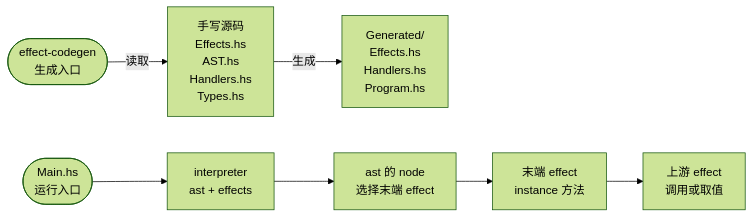
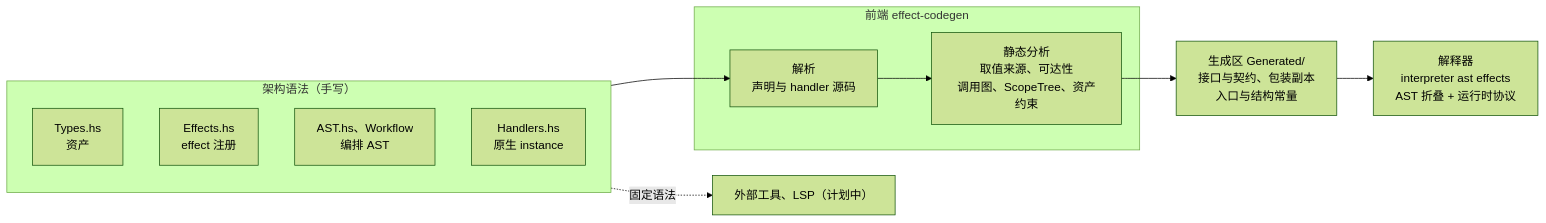
The diagram in README.md (cartesianc/algebraic-effect-sys-in-haskell), drawn with Mermaid (forest theme) before and after one commit. The commit also changed other lines of this file, not shown here.

````diff
--- a/README.md
+++ b/README.md
@@ -33,10 +46,19 @@
 ```mermaid
 flowchart LR
-  Codegen(["effect-codegen<br/>生成入口"]) -- 读取 --> Sources["手写源码<br/>Effects.hs<br/>AST.hs<br/>Handlers.hs<br/>Types.hs"]
-  Sources -- 生成 --> Generated["Generated/<br/>Effects.hs<br/>Handlers.hs<br/>Program.hs"]
+  subgraph Syntax["架构语法（手写）"]
+    Types["Types.hs<br/>资产"]
+    Effects["Effects.hs<br/>effect 注册"]
+    AST["AST.hs、Workflow<br/>编排 AST"]
+    Handlers["Handlers.hs<br/>原生 instance"]
+  end
+  subgraph Front["前端 effect-codegen"]
+    Parse["解析<br/>声明与 handler 源码"]
+    Analyze["静态分析<br/>取值来源、可达性<br/>调用图、ScopeTree、资产约束"]
+  end
+  Generated["生成区 Generated/<br/>接口与契约、包装副本<br/>入口与结构常量"]
+  Interp["解释器<br/>interpreter ast effects<br/>AST 折叠 + 运行时协议"]
+  Tools["外部工具、LSP（计划中）"]
 
-  Main(["Main.hs<br/>运行入口"]) --> Interp["interpreter<br/>ast + effects"]
-  Interp --> Node["ast 的 node<br/>选择末端 effect"]
-  Node --> Terminal["末端 effect<br/>instance 方法"]
-  Terminal --> Upstream["上游 effect<br/>调用或取值"]
+  Syntax --> Parse --> Analyze --> Generated --> Interp
+  Syntax -. 固定语法 .-> Tools
 ```
````
